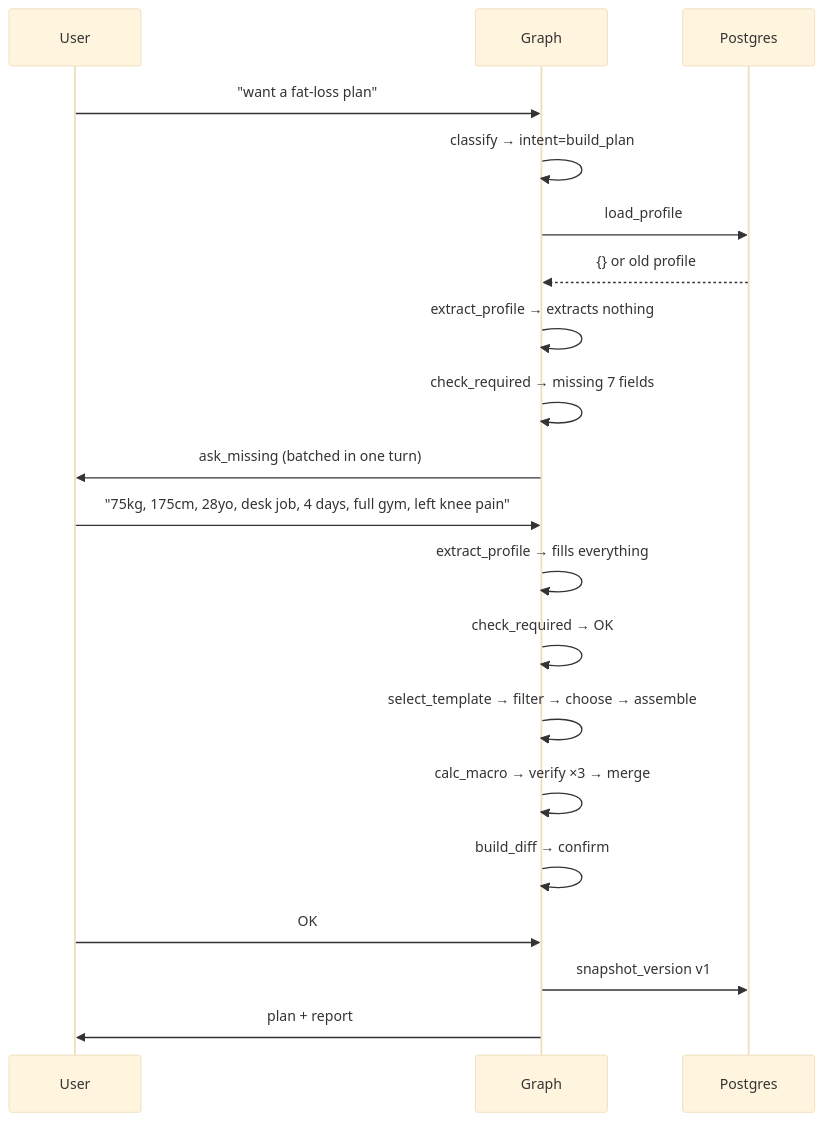
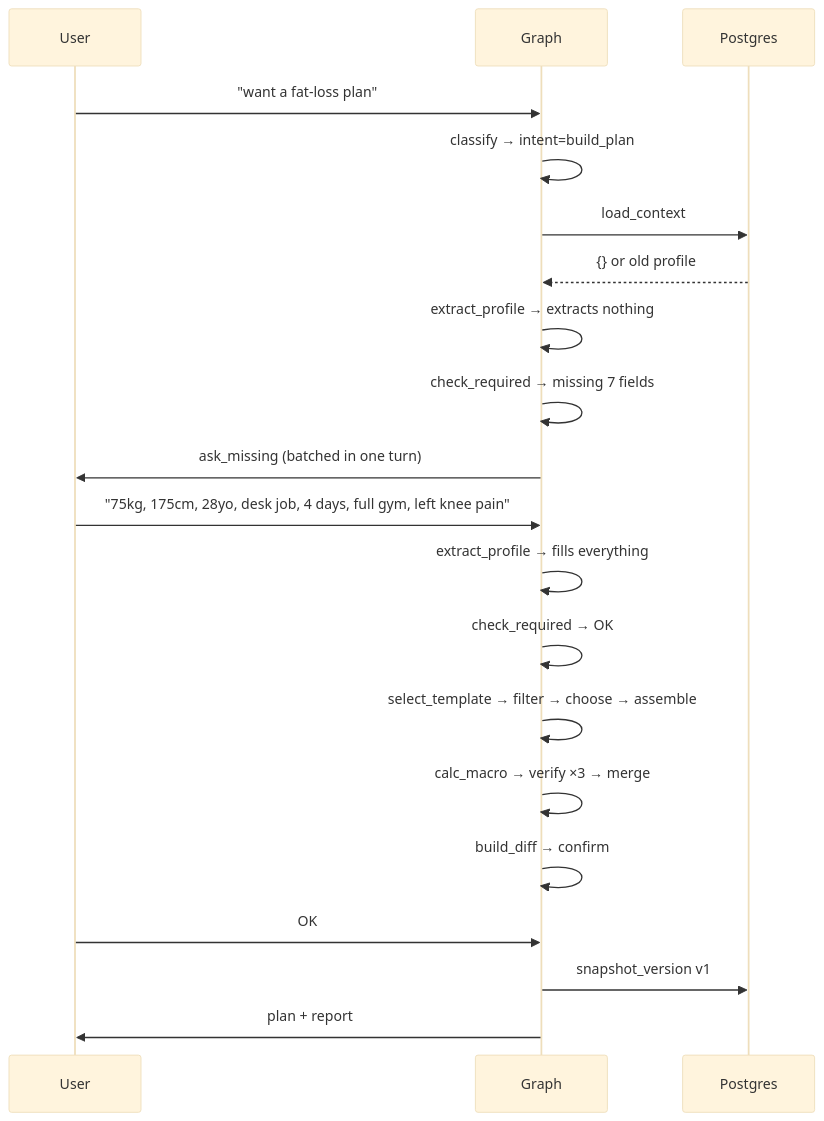
The fourth of 7 diagrams in docs/workflow.md (hoanhoang-agilityio/Assistant-Learning), drawn with Mermaid (base theme) before and after one commit. The commit also changed other lines of this file and 3 other files, not shown here.

````diff
--- a/docs/workflow.md
+++ b/docs/workflow.md
@@ -598,23 +606,23 @@
 ```mermaid
 sequenceDiagram
     participant U as User
     participant G as Graph
     participant DB as Postgres
 
     U->>G: "want a fat-loss plan"
     G->>G: classify → intent=build_plan
-    G->>DB: load_profile
+    G->>DB: load_context
     DB-->>G: {} or old profile
     G->>G: extract_profile → extracts nothing
     G->>G: check_required → missing 7 fields
     G->>U: ask_missing (batched in one turn)
     U->>G: "75kg, 175cm, 28yo, desk job, 4 days, full gym, left knee pain"
     G->>G: extract_profile → fills everything
     G->>G: check_required → OK
     G->>G: select_template → filter → choose → assemble
     G->>G: calc_macro → verify ×3 → merge
     G->>G: build_diff → confirm
     U->>G: OK
     G->>DB: snapshot_version v1
     G->>U: plan + report
 ```
````
